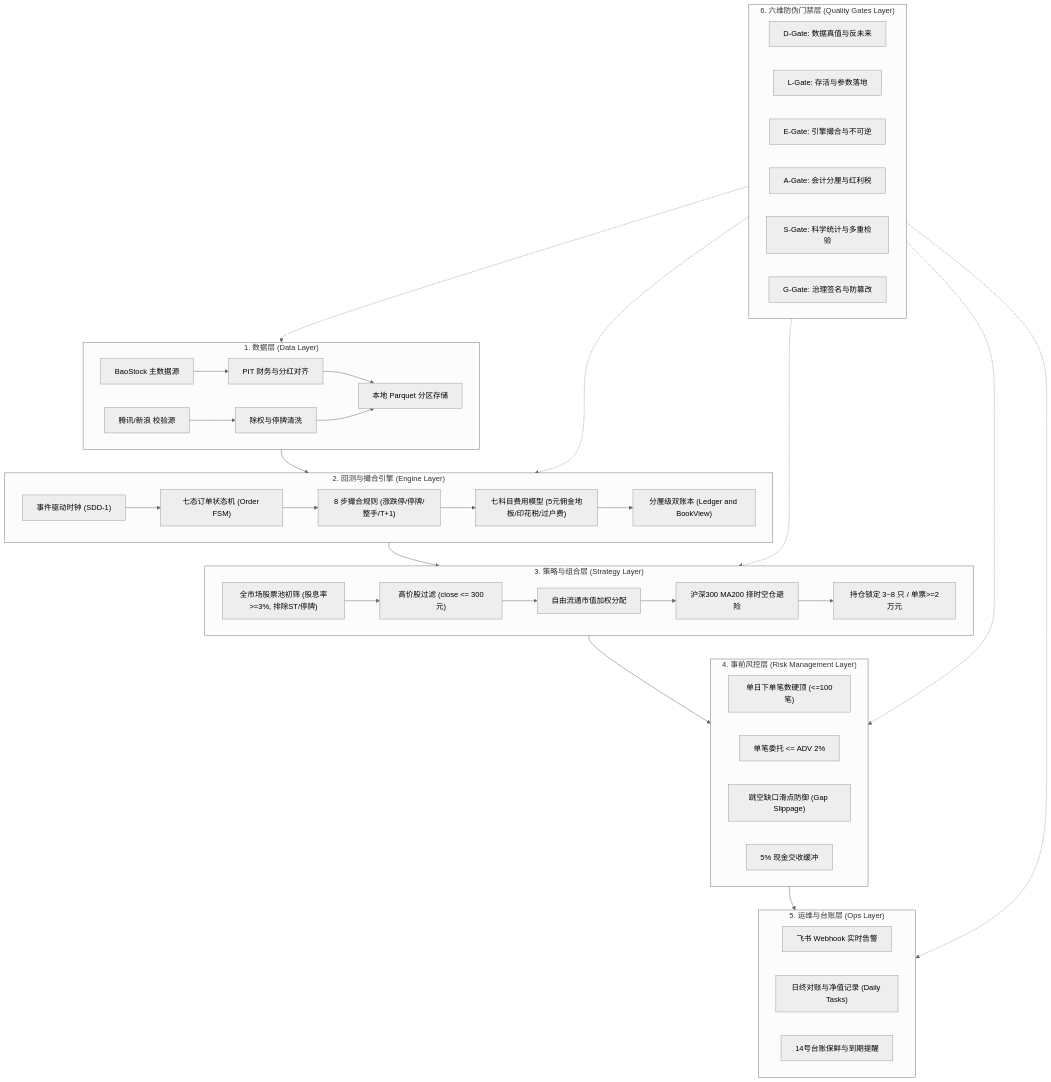
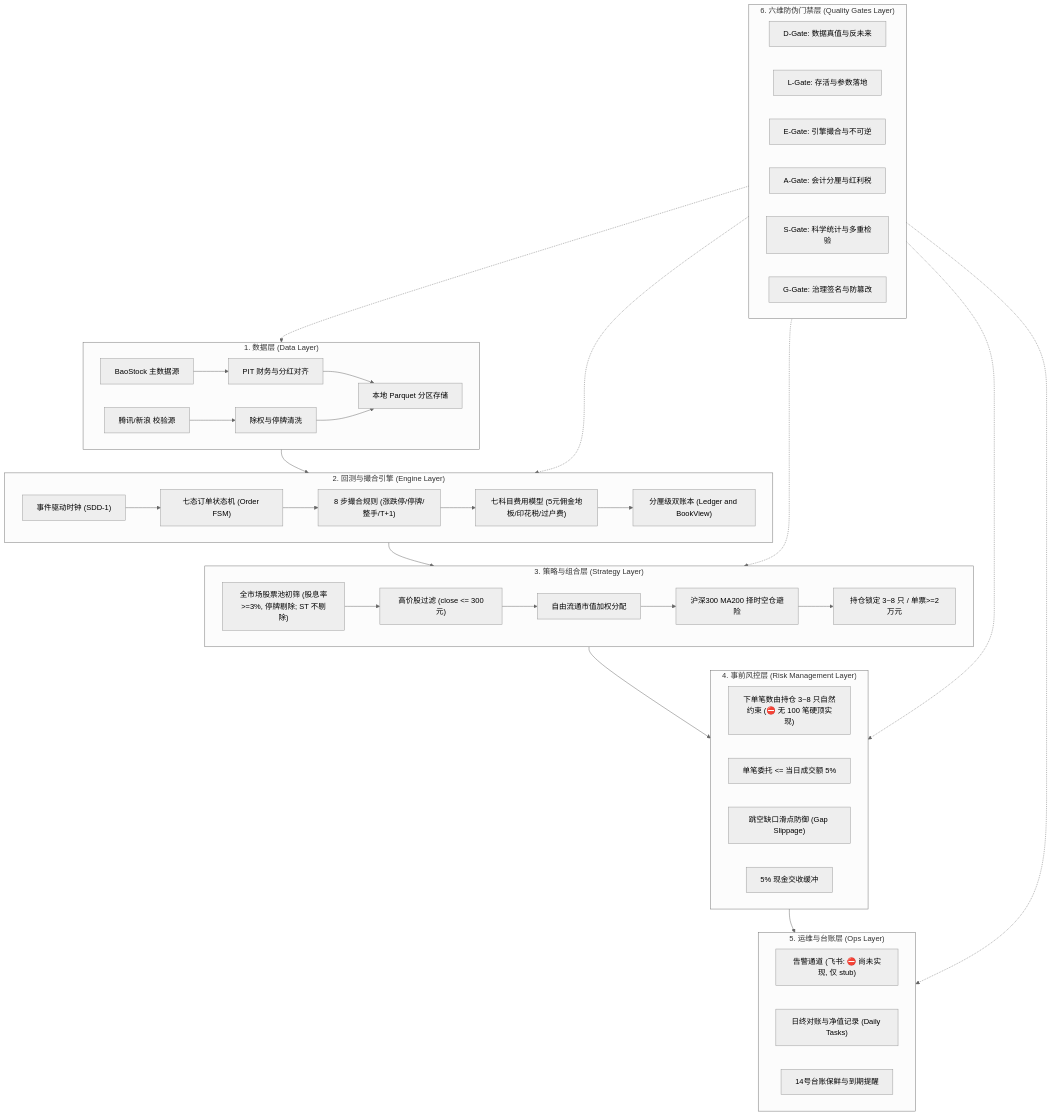
Before and after one commit to YZml1507/FinAI2.0: the diagram in docs/compliance/system_architecture_template.md, drawn with Mermaid (neutral theme). The commit also changed other lines of this file and 24 other files, not shown here.

````diff
--- a/docs/compliance/system_architecture_template.md
+++ b/docs/compliance/system_architecture_template.md
@@ -23,54 +33,54 @@
 ```mermaid
 flowchart TD
   subgraph DATA_LAYER["1. 数据层 (Data Layer)"]
     D1["BaoStock 主数据源"] --> D3["PIT 财务与分红对齐"]
     D2["腾讯/新浪 校验源"] --> D4["除权与停牌清洗"]
     D3 & D4 --> D5["本地 Parquet 分区存储"]
   end
 
   subgraph ENGINE_LAYER["2. 回测与撮合引擎 (Engine Layer)"]
     E1["事件驱动时钟 (SDD-1)"] --> E2["七态订单状态机 (Order FSM)"]
     E2 --> E3["8 步撮合规则 (涨跌停/停牌/整手/T+1)"]
     E3 --> E4["七科目费用模型 (5元佣金地板/印花税/过户费)"]
     E4 --> E5["分厘级双账本 (Ledger and BookView)"]
   end
 
   subgraph STRATEGY_LAYER["3. 策略与组合层 (Strategy Layer)"]
-    S1["全市场股票池初筛 (股息率>=3%, 排除ST/停牌)"] --> S2["高价股过滤 (close <= 300元)"]
+    S1["全市场股票池初筛 (股息率>=3%, 停牌剔除; ST 不剔除)"] --> S2["高价股过滤 (close <= 300元)"]
     S2 --> S3["自由流通市值加权分配"]
     S3 --> S4["沪深300 MA200 择时空仓避险"]
     S4 --> S5["持仓锁定 3~8 只 / 单票>=2万元"]
   end
 
   subgraph RISK_LAYER["4. 事前风控层 (Risk Management Layer)"]
-    R1["单日下单笔数硬顶 (<=100笔)"]
-    R2["单笔委托 <= ADV 2%"]
+    R1["下单笔数由持仓 3~8 只自然约束 (⛔ 无 100 笔硬顶实现)"]
+    R2["单笔委托 <= 当日成交额 5%"]
     R3["跳空缺口滑点防御 (Gap Slippage)"]
     R4["5% 现金交收缓冲"]
   end
 
   subgraph OPS_LAYER["5. 运维与台账层 (Ops Layer)"]
-    O1["飞书 Webhook 实时告警"]
+    O1["告警通道 (飞书: ⛔ 尚未实现, 仅 stub)"]
     O2["日终对账与净值记录 (Daily Tasks)"]
     O3["14号台账保鲜与到期提醒"]
   end
 
   subgraph GATE_LAYER["6. 六维防伪门禁层 (Quality Gates Layer)"]
     G1["D-Gate: 数据真值与反未来"]
     G2["L-Gate: 存活与参数落地"]
     G3["E-Gate: 引擎撮合与不可逆"]
     G4["A-Gate: 会计分厘与红利税"]
     G5["S-Gate: 科学统计与多重检验"]
     G6["G-Gate: 治理签名与防篡改"]
   end
 
   DATA_LAYER --> ENGINE_LAYER
   ENGINE_LAYER --> STRATEGY_LAYER
   STRATEGY_LAYER --> RISK_LAYER
   RISK_LAYER --> OPS_LAYER
   GATE_LAYER -.-> DATA_LAYER
   GATE_LAYER -.-> ENGINE_LAYER
   GATE_LAYER -.-> STRATEGY_LAYER
   GATE_LAYER -.-> RISK_LAYER
   GATE_LAYER -.-> OPS_LAYER
 ```
````
